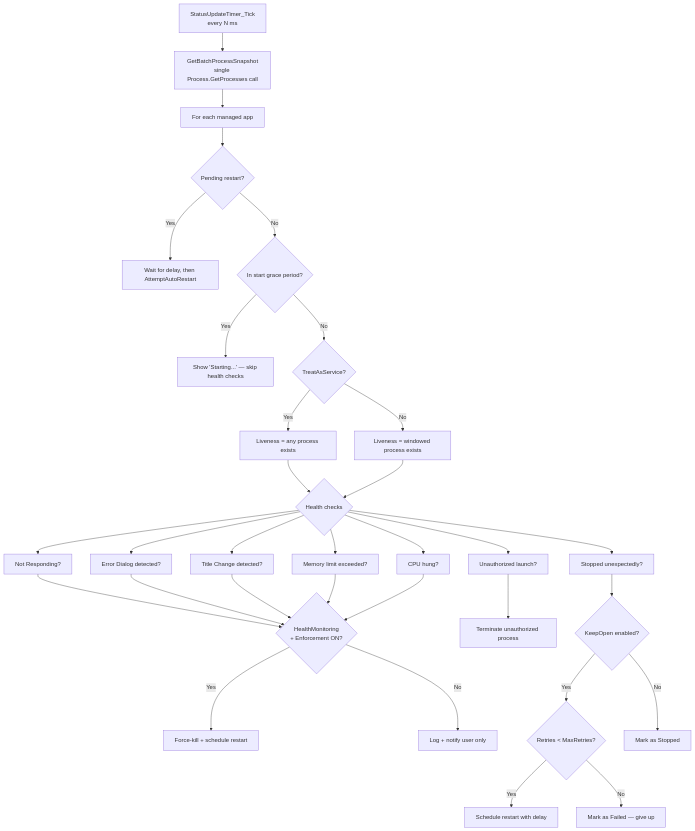
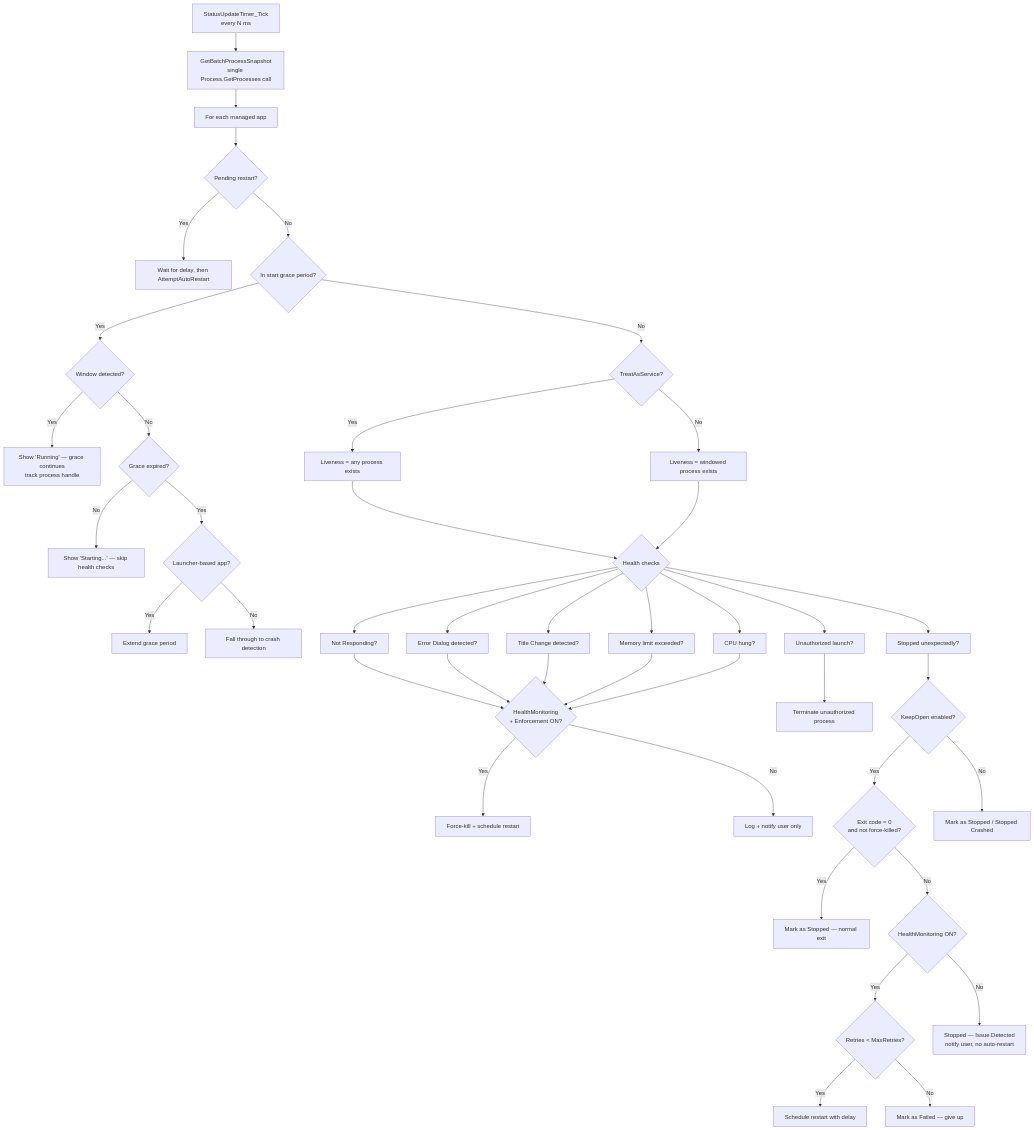
Before and after one commit to Jm-Paunlagui/InstanceManager: the second of 3 diagrams in IMEE-documentation.md, drawn with Mermaid. The commit also changed other lines of this file, not shown here.

````diff
--- a/IMEE-documentation.md
+++ b/IMEE-documentation.md
@@ -41,35 +41,45 @@
 ```mermaid
 flowchart TD
     TICK[StatusUpdateTimer_Tick<br/>every N ms] --> SNAP[GetBatchProcessSnapshot<br/>single Process.GetProcesses call]
     SNAP --> LOOP[For each managed app]
     LOOP --> PR{Pending restart?}
     PR -- Yes --> WAIT[Wait for delay, then AttemptAutoRestart]
     PR -- No --> GRACE{In start grace period?}
-    GRACE -- Yes --> SKIP1[Show 'Starting...' — skip health checks]
+    GRACE -- Yes --> GWIN{Window detected?}
+    GWIN -- Yes --> GSHOW[Show 'Running' — grace continues<br/>track process handle]
+    GWIN -- No --> GEXP{Grace expired?}
+    GEXP -- No --> SKIP1[Show 'Starting...' — skip health checks]
+    GEXP -- Yes --> GLNCH{Launcher-based app?}
+    GLNCH -- Yes --> GEXT[Extend grace period]
+    GLNCH -- No --> GFALL[Fall through to crash detection]
     GRACE -- No --> SVC{TreatAsService?}
     SVC -- Yes --> LIVE1[Liveness = any process exists]
     SVC -- No --> LIVE2[Liveness = windowed process exists]
     LIVE1 --> HEALTH
     LIVE2 --> HEALTH
     HEALTH{Health checks}
     HEALTH --> NR[Not Responding?]
     HEALTH --> ED[Error Dialog detected?]
     HEALTH --> TC[Title Change detected?]
     HEALTH --> MEM[Memory limit exceeded?]
     HEALTH --> CPU[CPU hung?]
     HEALTH --> UNAUTH[Unauthorized launch?]
     HEALTH --> CRASH[Stopped unexpectedly?]
     NR --> ENFORCE{HealthMonitoring<br/>+ Enforcement ON?}
     ED --> ENFORCE
     TC --> ENFORCE
     MEM --> ENFORCE
     CPU --> ENFORCE
     ENFORCE -- Yes --> KILL[Force-kill + schedule restart]
     ENFORCE -- No --> NOTIFY[Log + notify user only]
     UNAUTH --> TERM[Terminate unauthorized process]
     CRASH --> KEEPOPEN{KeepOpen enabled?}
-    KEEPOPEN -- Yes --> RETRY{Retries < MaxRetries?}
+    KEEPOPEN -- Yes --> EXIT0{Exit code = 0<br/>and not force-killed?}
+    EXIT0 -- Yes --> NORMSTOP[Mark as Stopped — normal exit]
+    EXIT0 -- No --> HMCHECK{HealthMonitoring ON?}
+    HMCHECK -- Yes --> RETRY{Retries < MaxRetries?}
     RETRY -- Yes --> RESTART[Schedule restart with delay]
     RETRY -- No --> FAILED[Mark as Failed — give up]
-    KEEPOPEN -- No --> STOPPED[Mark as Stopped]
+    HMCHECK -- No --> ISSUEDET[Stopped — Issue Detected<br/>notify user, no auto-restart]
+    KEEPOPEN -- No --> STOPPED[Mark as Stopped / Stopped Crashed]
 ```
````
